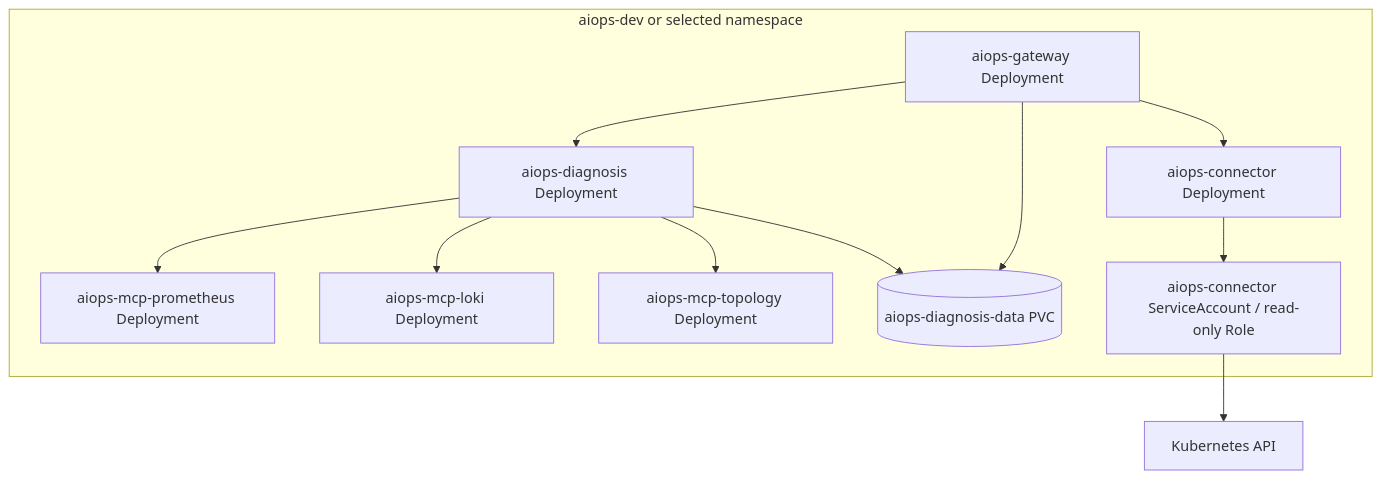
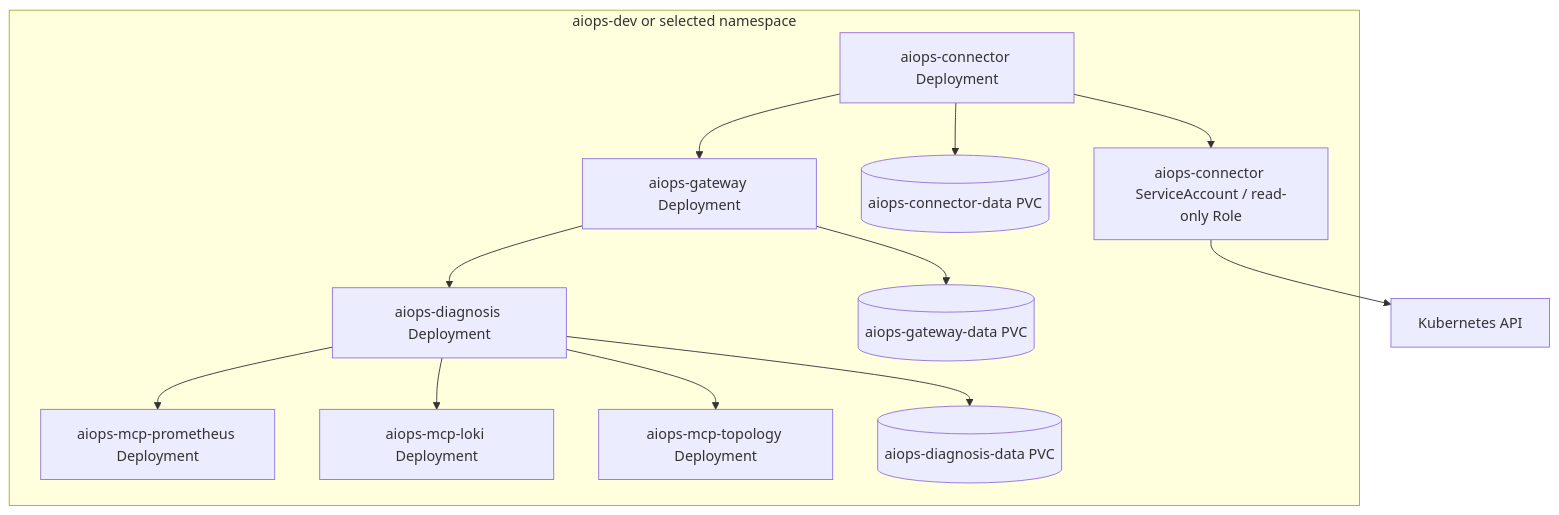
Before and after one commit to Timeless0927/AIops: the fourth of 5 diagrams in docs/architecture-diagrams.md, drawn with Mermaid. The commit also changed other lines of this file and 27 other files, not shown here.

````diff
--- a/docs/architecture-diagrams.md
+++ b/docs/architecture-diagrams.md
@@ -86,23 +86,26 @@
 ```mermaid
 flowchart TB
     subgraph Namespace["aiops-dev or selected namespace"]
         GWPod[aiops-gateway Deployment]
         DPod[aiops-diagnosis Deployment]
         CPod[aiops-connector Deployment]
         PPod[aiops-mcp-prometheus Deployment]
         LPod[aiops-mcp-loki Deployment]
         TPod[aiops-mcp-topology Deployment]
-        PVC[(aiops-diagnosis-data PVC)]
+        GPVC[(aiops-gateway-data PVC)]
+        DPVC[(aiops-diagnosis-data PVC)]
+        CPVC[(aiops-connector-data PVC)]
         SA[aiops-connector ServiceAccount / read-only Role]
     end
 
-    GWPod --> CPod
+    CPod --> GWPod
     GWPod --> DPod
     DPod --> PPod
     DPod --> LPod
     DPod --> TPod
-    DPod --> PVC
-    GWPod --> PVC
+    DPod --> DPVC
+    GWPod --> GPVC
+    CPod --> CPVC
     CPod --> SA
     SA --> K8sAPI[Kubernetes API]
 ```
````
